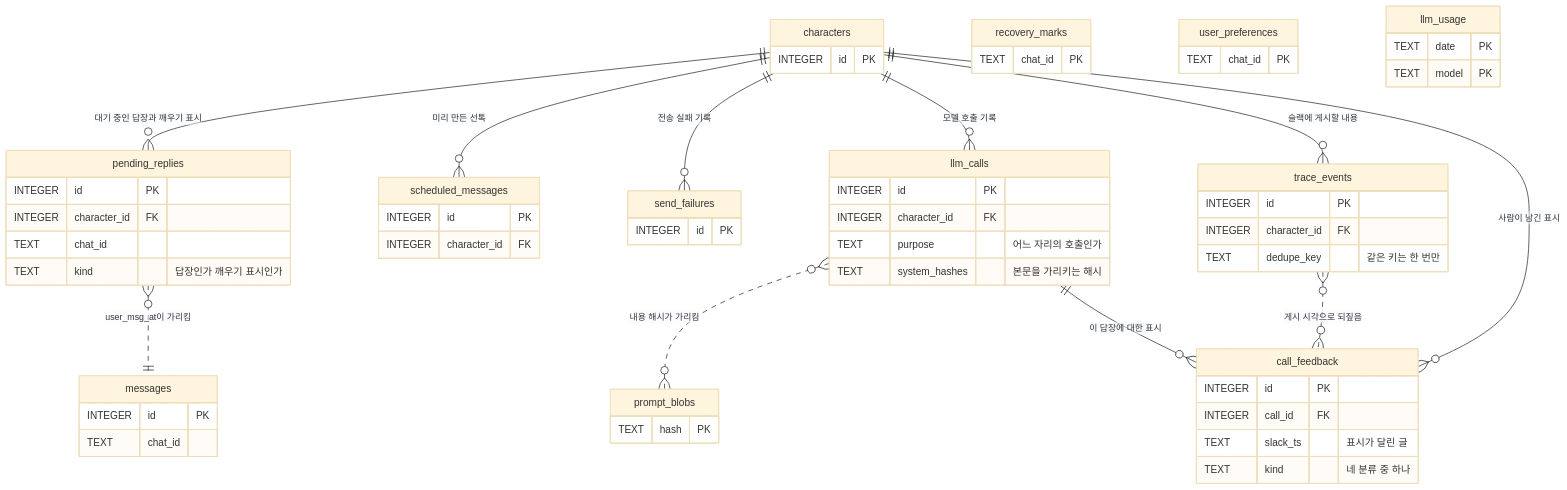
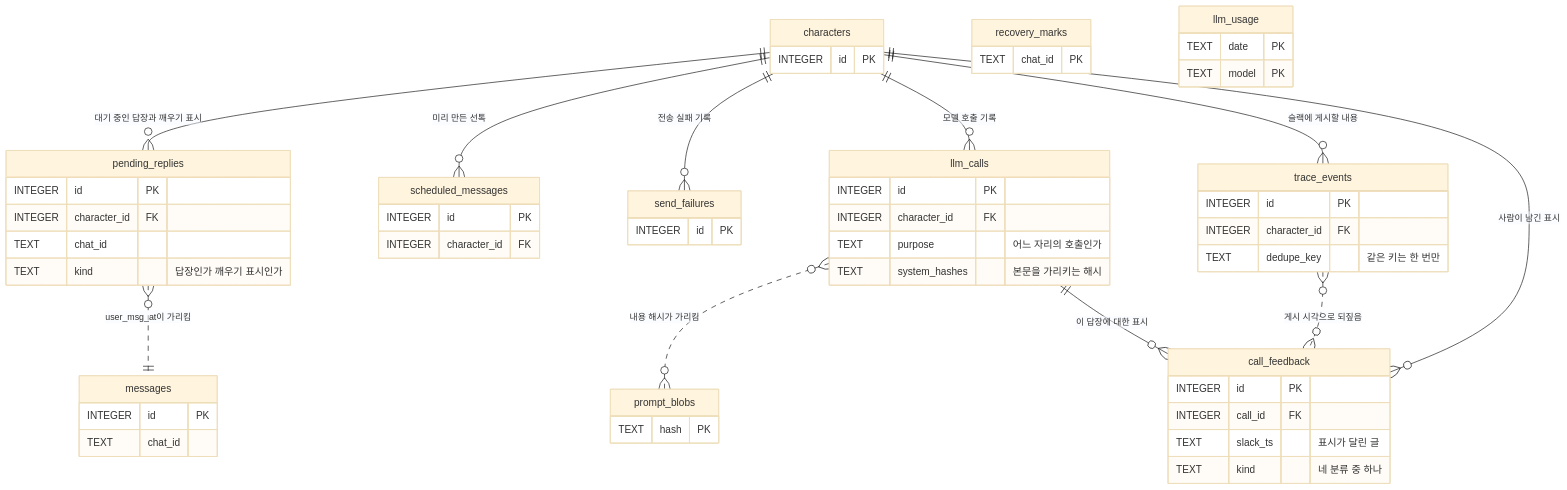
One commit to hyewon3938/random-ai-companion changed the third of 3 diagrams in erd.md. Above: the diagram before and after it, drawn with Mermaid (base theme). The commit also changed other lines of this file and 4 other files, not shown here.

````diff
--- a/erd.md
+++ b/erd.md
@@ -371,64 +343,61 @@
 ```mermaid
 erDiagram
     characters ||--o{ pending_replies : "대기 중인 답장과 깨우기 표시"
     characters ||--o{ scheduled_messages : "미리 만든 선톡"
     characters ||--o{ send_failures : "전송 실패 기록"
     characters ||--o{ llm_calls : "모델 호출 기록"
     characters ||--o{ trace_events : "슬랙에 게시할 내용"
     characters ||--o{ call_feedback : "사람이 남긴 표시"
     pending_replies }o..|| messages : "user_msg_at이 가리킴"
     llm_calls }o..o{ prompt_blobs : "내용 해시가 가리킴"
     llm_calls ||--o{ call_feedback : "이 답장에 대한 표시"
     trace_events }o..o{ call_feedback : "게시 시각으로 되짚음"
 
     characters {
         INTEGER id PK
     }
     messages {
         INTEGER id PK
         TEXT chat_id
     }
     pending_replies {
         INTEGER id PK
         INTEGER character_id FK
         TEXT chat_id
         TEXT kind "답장인가 깨우기 표시인가"
     }
     scheduled_messages {
         INTEGER id PK
         INTEGER character_id FK
     }
     recovery_marks {
         TEXT chat_id PK
     }
     send_failures {
         INTEGER id PK
     }
-    user_preferences {
-        TEXT chat_id PK
-    }
     llm_usage {
         TEXT date PK
         TEXT model PK
     }
     llm_calls {
         INTEGER id PK
         INTEGER character_id FK
         TEXT purpose "어느 자리의 호출인가"
         TEXT system_hashes "본문을 가리키는 해시"
     }
     prompt_blobs {
         TEXT hash PK
     }
     trace_events {
         INTEGER id PK
         INTEGER character_id FK
         TEXT dedupe_key "같은 키는 한 번만"
     }
     call_feedback {
         INTEGER id PK
         INTEGER call_id FK
         TEXT slack_ts "표시가 달린 글"
         TEXT kind "네 분류 중 하나"
     }
 ```
````
